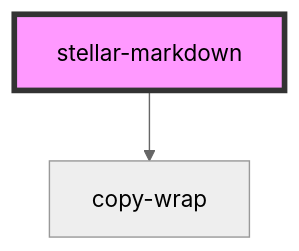
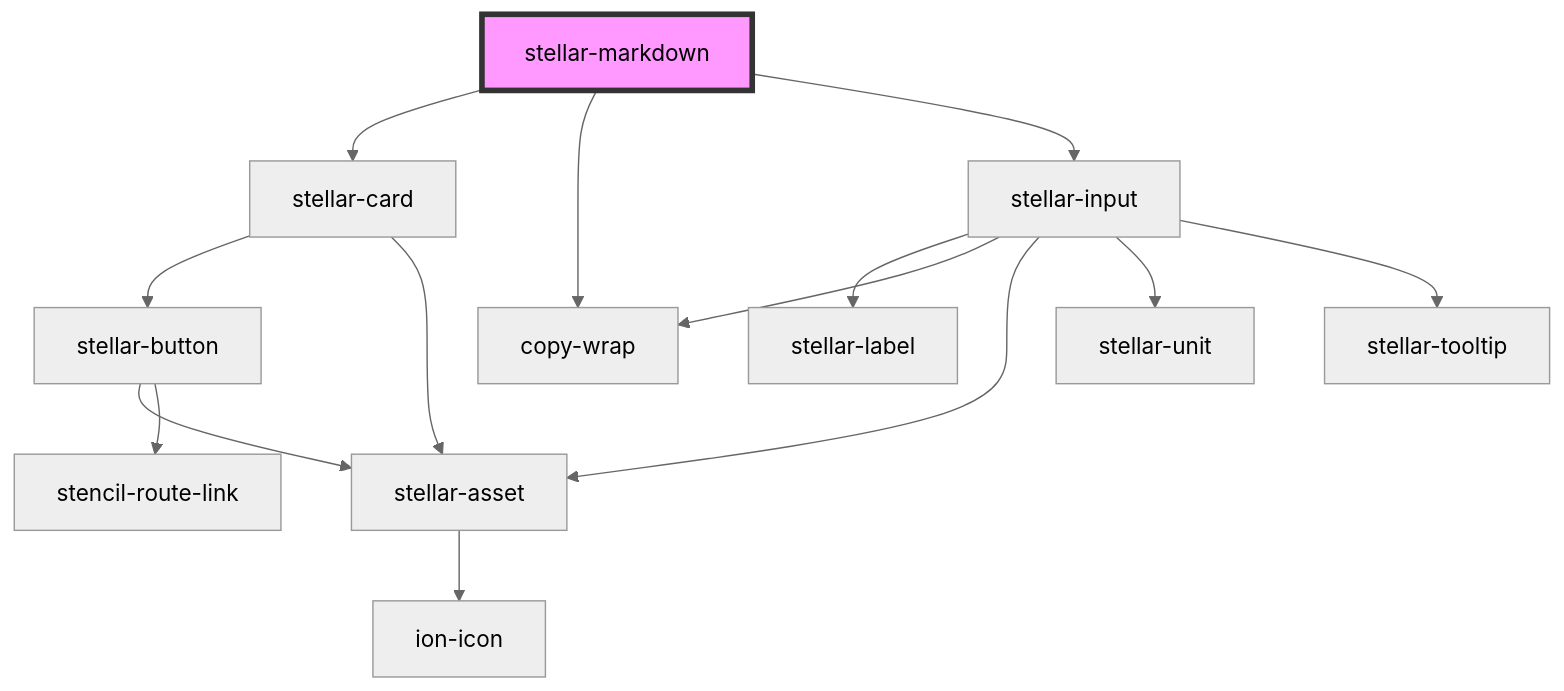
Before and after one commit to splitinfinities/Stellar: the diagram in src/components/helpers/markdown/readme.md, drawn with Mermaid (neutral theme). The commit also changed other lines of this file and 7 other files, not shown here.

````diff
--- a/src/components/helpers/markdown/readme.md
+++ b/src/components/helpers/markdown/readme.md
@@ -44,5 +48,17 @@
 ```mermaid
 graph TD;
+  stellar-markdown --> stellar-card
   stellar-markdown --> copy-wrap
+  stellar-markdown --> stellar-input
+  stellar-card --> stellar-button
+  stellar-card --> stellar-asset
+  stellar-button --> stellar-asset
+  stellar-button --> stencil-route-link
+  stellar-asset --> ion-icon
+  stellar-input --> stellar-label
+  stellar-input --> copy-wrap
+  stellar-input --> stellar-asset
+  stellar-input --> stellar-unit
+  stellar-input --> stellar-tooltip
   style stellar-markdown fill:#f9f,stroke:#333,stroke-width:4px
 ```
````
